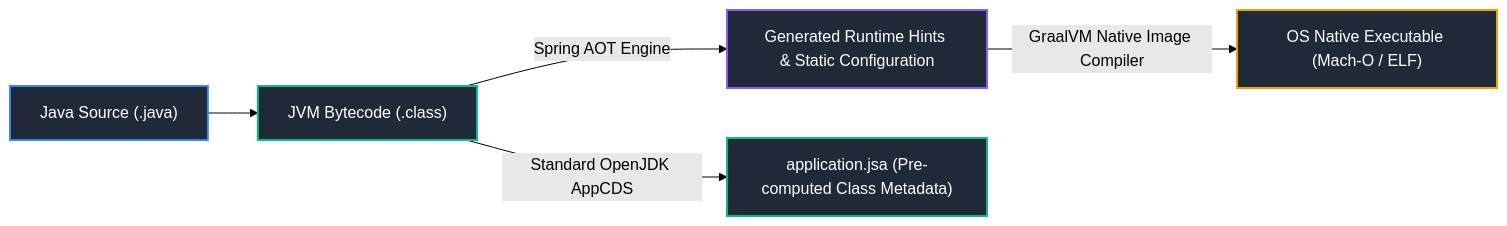
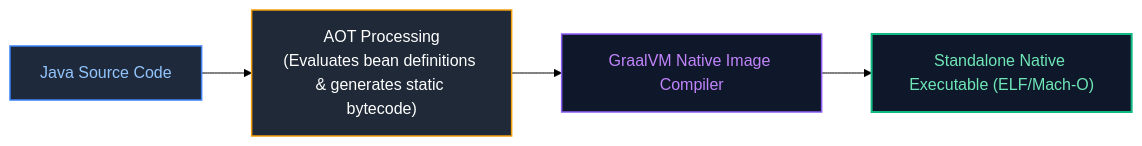
Before and after one commit to joydeep-biswas/Interview-Preparation: diagram 18 of 19 in Java Backend Engineering/07_spring_framework_spring_boot.md, drawn with Mermaid (forest theme). The commit also changed other lines of this file and 143 other files, not shown here.

````diff
--- a/Java Backend Engineering/07_spring_framework_spring_boot.md
+++ b/Java Backend Engineering/07_spring_framework_spring_boot.md
@@ -728,13 +1467,11 @@
 ```mermaid
 flowchart LR
-    Source["Java Source (.java)"] --> Bytecode["JVM Bytecode (.class)"]
-    Bytecode -->|Spring AOT Engine| Reachability["Generated Runtime Hints & Static Configuration"]
-    Reachability -->|GraalVM Native Image Compiler| NativeBinary["OS Native Executable (Mach-O / ELF)"]
-    Bytecode -->|Standard OpenJDK AppCDS| CDSArchive["application.jsa (Pre-computed Class Metadata)"]
+    Source["Java Source Code"] --> Build["AOT Processing<br/>(Evaluates bean definitions & generates static bytecode)"]
+    Build --> Graal["GraalVM Native Image Compiler"]
+    Graal --> Bin["Standalone Native Executable (ELF/Mach-O)"]
 
-    style Source fill:#1f2937,stroke:#3b82f6,stroke-width:2px,color:#fff
-    style Bytecode fill:#1f2937,stroke:#10b981,stroke-width:2px,color:#fff
-    style Reachability fill:#1f2937,stroke:#8b5cf6,stroke-width:2px,color:#fff
-    style NativeBinary fill:#1f2937,stroke:#f59e0b,stroke-width:2px,color:#fff
-    style CDSArchive fill:#1f2937,stroke:#10b981,stroke-width:2px,color:#fff
+    style Source fill:#1e293b,stroke:#3b82f6,stroke-width:1.5px,color:#93c5fd
+    style Build fill:#1f2937,stroke:#f59e0b,stroke-width:1.5px,color:#fff
+    style Graal fill:#0f172a,stroke:#8b5cf6,stroke-width:1.5px,color:#c084fc
+    style Bin fill:#0f172a,stroke:#10b981,stroke-width:2px,color:#6ee7b7
 ```
````
